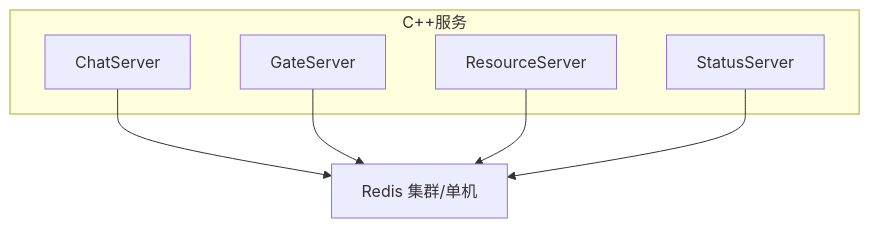
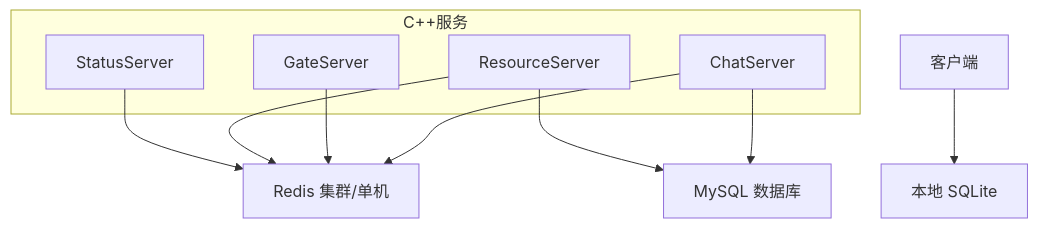
One commit to echo9923/mychatter changed the first of 8 diagrams in .qoder/repowiki/zh/content/缓存和存储/Redis缓存策略.md. Above: the diagram before and after it, drawn with Mermaid. The commit also changed other lines of this file and 132 other files, not shown here.

````diff
--- a/.qoder/repowiki/zh/content/缓存和存储/Redis缓存策略.md
+++ b/.qoder/repowiki/zh/content/缓存和存储/Redis缓存策略.md
@@ -54,14 +60,19 @@
 ```mermaid
 graph TB
 subgraph "C++服务"
 CS["ChatServer"]
 GS["GateServer"]
 RS["ResourceServer"]
 SS["StatusServer"]
 end
 R["Redis 集群/单机"]
+DB["MySQL 数据库"]
+LS["本地 SQLite"]
 CS --> R
 GS --> R
 RS --> R
 SS --> R
+CS --> DB
+RS --> DB
+Client["客户端"] --> LS
 ```
````
